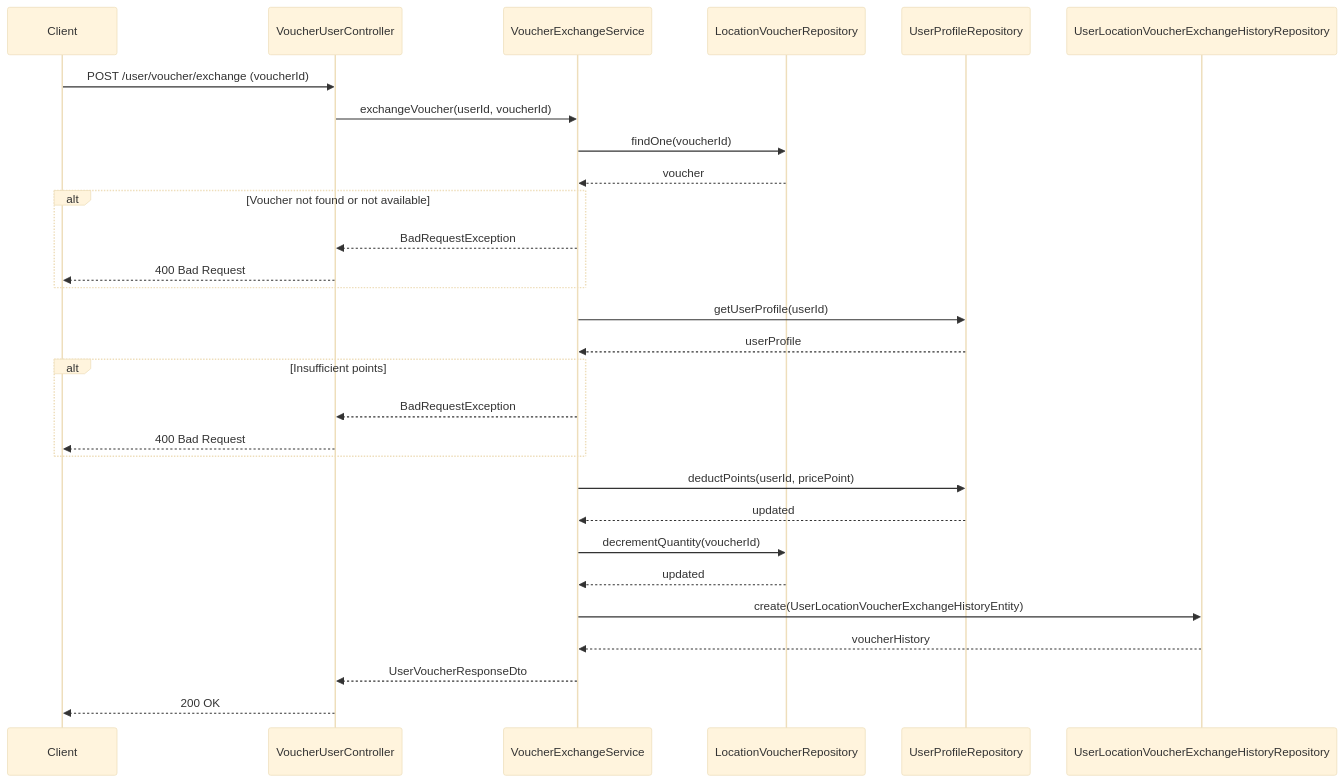
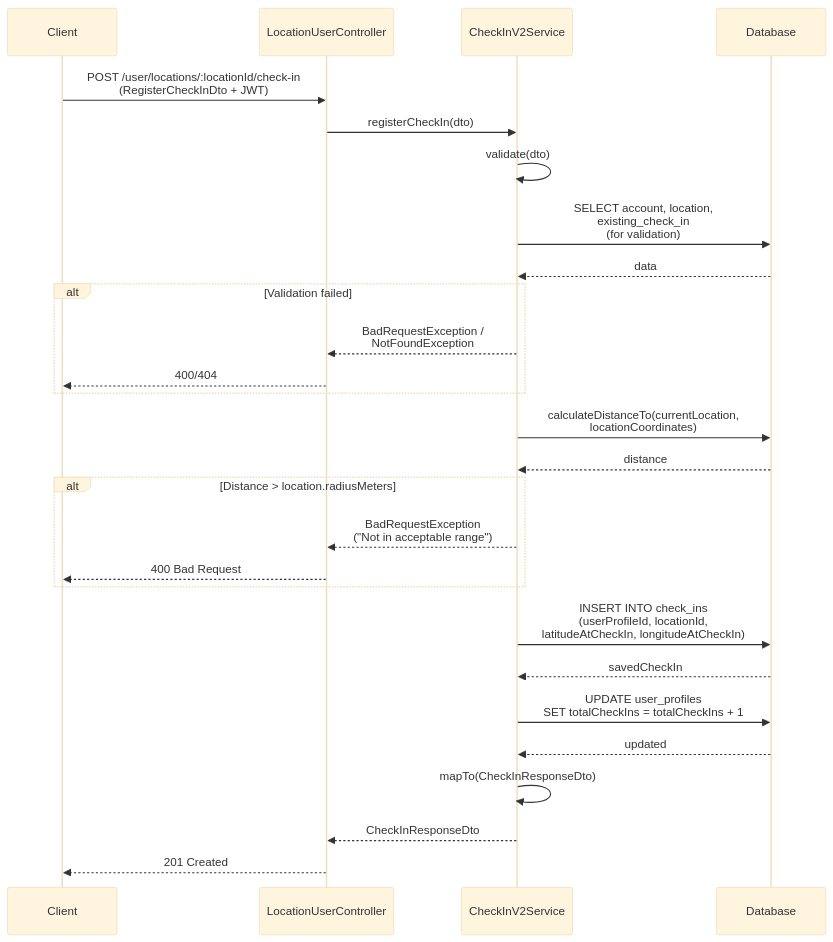
Before and after one commit to UrbanLens-2025/urban-lens_server: the fourth of 7 diagrams in docs/diagrams/sequence-diagrams.md, drawn with Mermaid (base theme). The commit also changed other lines of this file and 20 other files, not shown here.

````diff
--- a/docs/diagrams/sequence-diagrams.md
+++ b/docs/diagrams/sequence-diagrams.md
@@ -190,40 +141,37 @@
 ```mermaid
 sequenceDiagram
     participant Client
-    participant VoucherController as VoucherUserController
-    participant VoucherExchangeService
-    participant VoucherRepository as LocationVoucherRepository
-    participant UserProfileRepository
-    participant VoucherHistoryRepository as UserLocationVoucherExchangeHistoryRepository
+    participant LocationController as LocationUserController
+    participant CheckInService as CheckInV2Service
+    participant Database
 
-    Client->>VoucherController: POST /user/voucher/exchange (voucherId)
-    VoucherController->>VoucherExchangeService: exchangeVoucher(userId, voucherId)
+    Client->>LocationController: POST /user/locations/:locationId/check-in<br/>(RegisterCheckInDto + JWT)
+    LocationController->>CheckInService: registerCheckIn(dto)
 
-    VoucherExchangeService->>VoucherRepository: findOne(voucherId)
-    VoucherRepository-->>VoucherExchangeService: voucher
+    CheckInService->>CheckInService: validate(dto)
+    CheckInService->>Database: SELECT account, location,<br/>existing_check_in<br/>(for validation)
+    Database-->>CheckInService: data
 
-    alt Voucher not found or not available
-        VoucherExchangeService-->>VoucherController: BadRequestException
-        VoucherController-->>Client: 400 Bad Request
+    alt Validation failed
+        CheckInService-->>LocationController: BadRequestException /<br/>NotFoundException
+        LocationController-->>Client: 400/404
     end
 
-    VoucherExchangeService->>UserProfileRepository: getUserProfile(userId)
-    UserProfileRepository-->>VoucherExchangeService: userProfile
+    CheckInService->>Database: calculateDistanceTo(currentLocation,<br/>locationCoordinates)
+    Database-->>CheckInService: distance
 
-    alt Insufficient points
-        VoucherExchangeService-->>VoucherController: BadRequestException
-        VoucherController-->>Client: 400 Bad Request
+    alt Distance > location.radiusMeters
+        CheckInService-->>LocationController: BadRequestException<br/>("Not in acceptable range")
+        LocationController-->>Client: 400 Bad Request
     end
 
-    VoucherExchangeService->>UserProfileRepository: deductPoints(userId, pricePoint)
-    UserProfileRepository-->>VoucherExchangeService: updated
+    CheckInService->>Database: INSERT INTO check_ins<br/>(userProfileId, locationId,<br/>latitudeAtCheckIn, longitudeAtCheckIn)
+    Database-->>CheckInService: savedCheckIn
 
-    VoucherExchangeService->>VoucherRepository: decrementQuantity(voucherId)
-    VoucherRepository-->>VoucherExchangeService: updated
+    CheckInService->>Database: UPDATE user_profiles<br/>SET totalCheckIns = totalCheckIns + 1
+    Database-->>CheckInService: updated
 
-    VoucherExchangeService->>VoucherHistoryRepository: create(UserLocationVoucherExchangeHistoryEntity)
-    VoucherHistoryRepository-->>VoucherExchangeService: voucherHistory
-
-    VoucherExchangeService-->>VoucherController: UserVoucherResponseDto
-    VoucherController-->>Client: 200 OK
+    CheckInService->>CheckInService: mapTo(CheckInResponseDto)
+    CheckInService-->>LocationController: CheckInResponseDto
+    LocationController-->>Client: 201 Created
 ```
````
